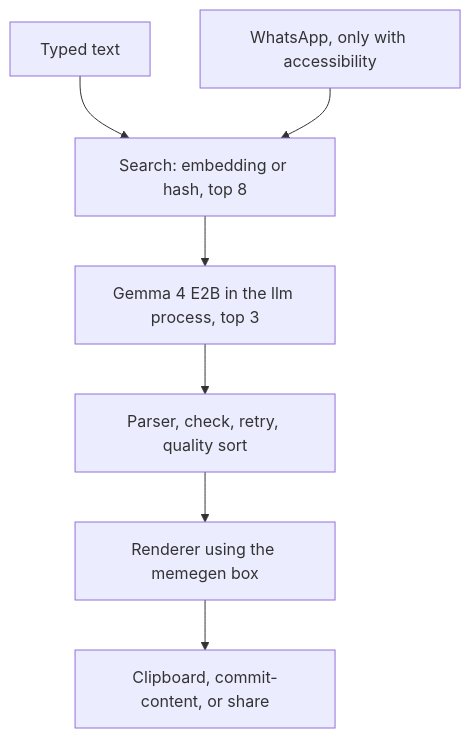
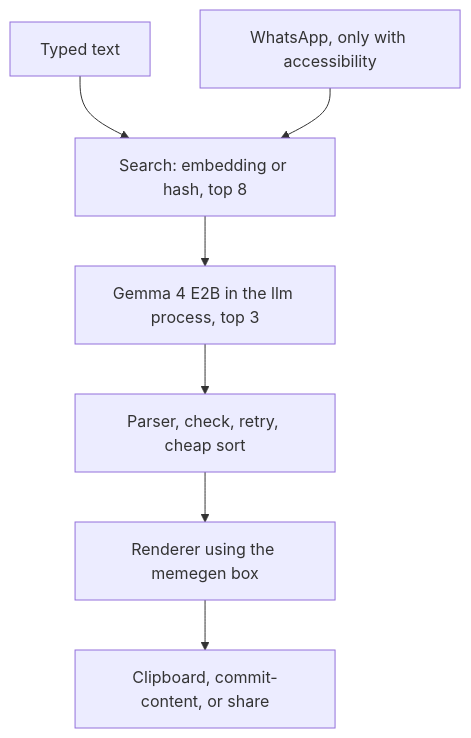
One commit to slickdajackson/MemEm changed the diagram in README.md. Above: the diagram before and after it, drawn with Mermaid. The commit also changed other lines of this file and 18 other files, not shown here.

````diff
--- a/README.md
+++ b/README.md
@@ -38,16 +38,16 @@
 ```mermaid
 flowchart TD
     typed[Typed text]
     chat[WhatsApp, only with accessibility]
     search[Search: embedding or hash, top 8]
     gemma[Gemma 4 E2B in the llm process, top 3]
-    check[Parser, check, retry, quality sort]
+    check[Parser, check, retry, cheap sort]
     render[Renderer using the memegen box]
     field[Clipboard, commit-content, or share]
     typed --> search
     chat --> search
     search --> gemma
     gemma --> check
     check --> render
     render --> field
 ```
````
